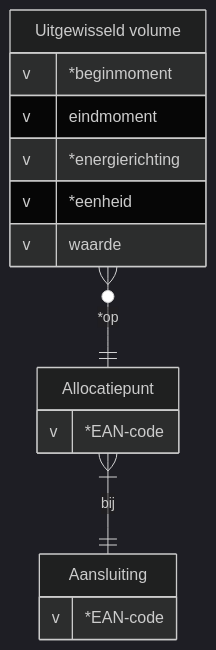
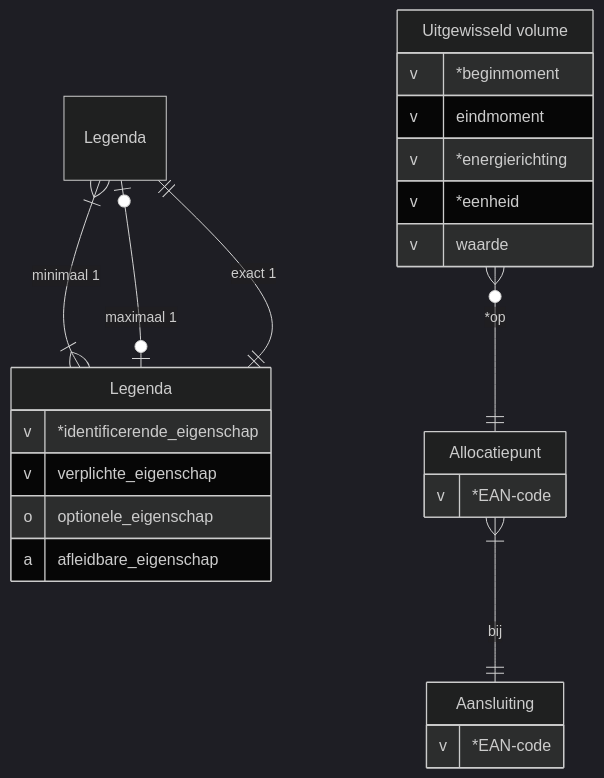
Before and after one commit to sefanja/dataproduct-meetdata: the diagram in README.md, drawn with Mermaid (dark theme).

````diff
--- a/README.md
+++ b/README.md
@@ -3,18 +3,30 @@
 ```mermaid
 erDiagram
+  "Legenda " }|--|{ Legenda : "minimaal 1"
+  "Legenda " |o--o| Legenda : "maximaal 1"
+  "Legenda " ||--|| Legenda : "exact 1"
+  Legenda {
+    v *identificerende_eigenschap
+    v verplichte_eigenschap
+    o optionele_eigenschap
+    a afleidbare_eigenschap
+  }
+
   Aansluiting {
     v *EAN-code
   }
+
   Allocatiepunt {
     v *EAN-code
   }
   Allocatiepunt }|--|| Aansluiting : "bij"
+
   "Uitgewisseld volume" {
     v *beginmoment
     v eindmoment
     v *energierichting
     v *eenheid
     v waarde
   }
   "Uitgewisseld volume" }o--|| Allocatiepunt : "*op"
 ```
````
